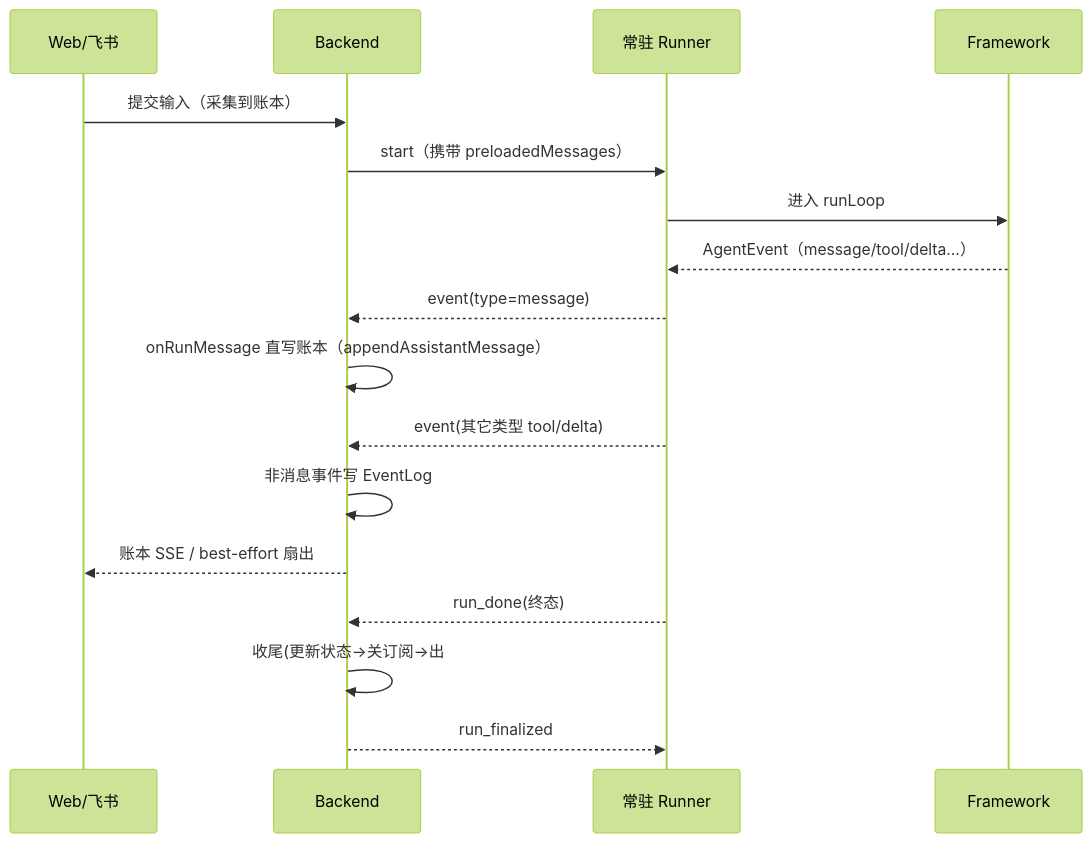
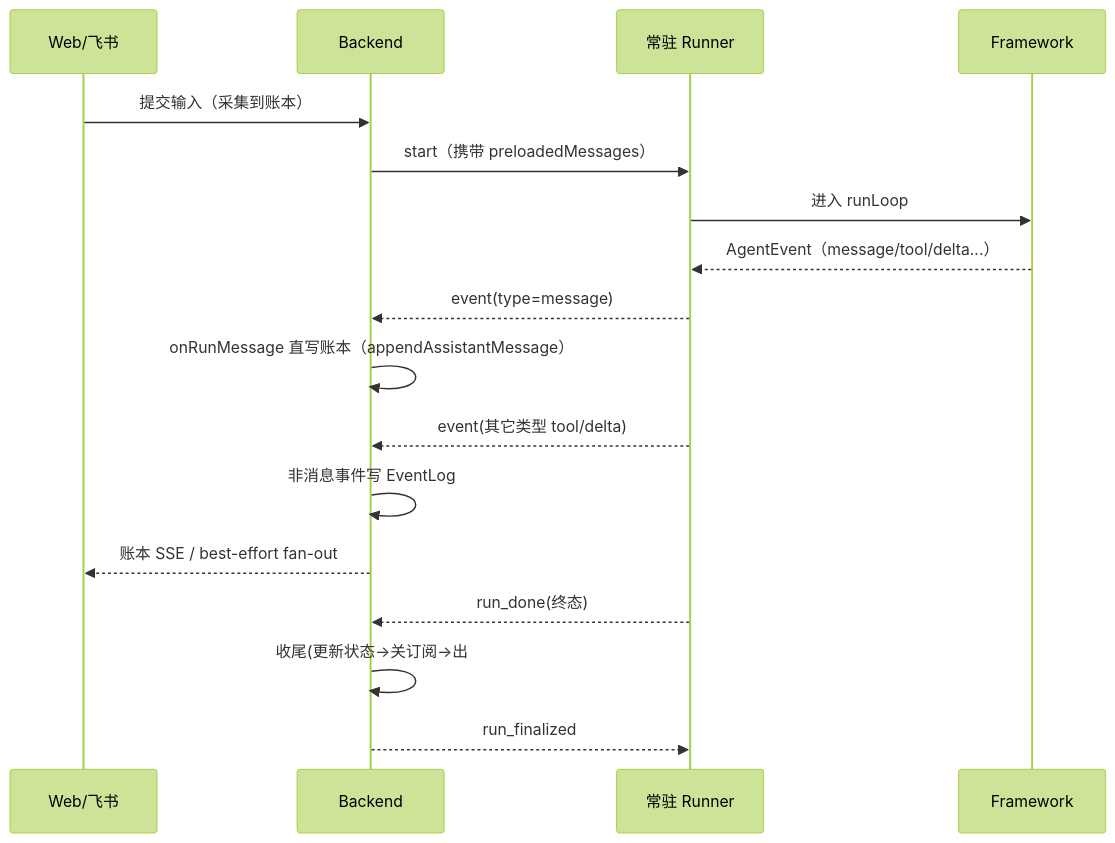
Before and after one commit to Chengchcc/my-agent-team: the diagram in docs/architecture/foundations/lifecycle-overview.md, drawn with Mermaid (forest theme). The commit also changed 17 other files, not shown here.

Commit message:
docs(docs): review all wiki docs — fix fan-out, AI-isms, context gaps, stale terms

````diff
--- a/docs/architecture/foundations/lifecycle-overview.md
+++ b/docs/architecture/foundations/lifecycle-overview.md
@@ -22,19 +22,19 @@
 ```mermaid
 sequenceDiagram
   participant 端 as Web/飞书
   participant 后端 as Backend
   participant Runner as 常驻 Runner
   participant FW as Framework
   端->>后端: 提交输入（采集到账本）
   后端->>Runner: start（携带 preloadedMessages）
   Runner->>FW: 进入 runLoop
   FW-->>Runner: AgentEvent（message/tool/delta...）
   Runner-->>后端: event(type=message)
   后端->>后端: onRunMessage 直写账本（appendAssistantMessage）
   Runner-->>后端: event(其它类型 tool/delta)
   后端->>后端: 非消息事件写 EventLog
-  后端-->>端: 账本 SSE / best-effort 扇出
+  后端-->>端: 账本 SSE / best-effort fan-out
   Runner-->>后端: run_done(终态)
   后端->>后端: 收尾(更新状态→关订阅→出#active→await onRunComplete 写终端修订)
   后端-->>Runner: run_finalized
 ```
````
